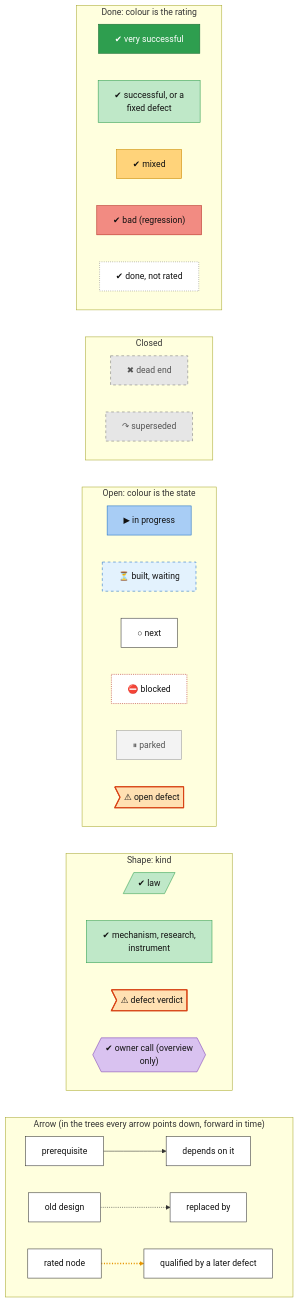
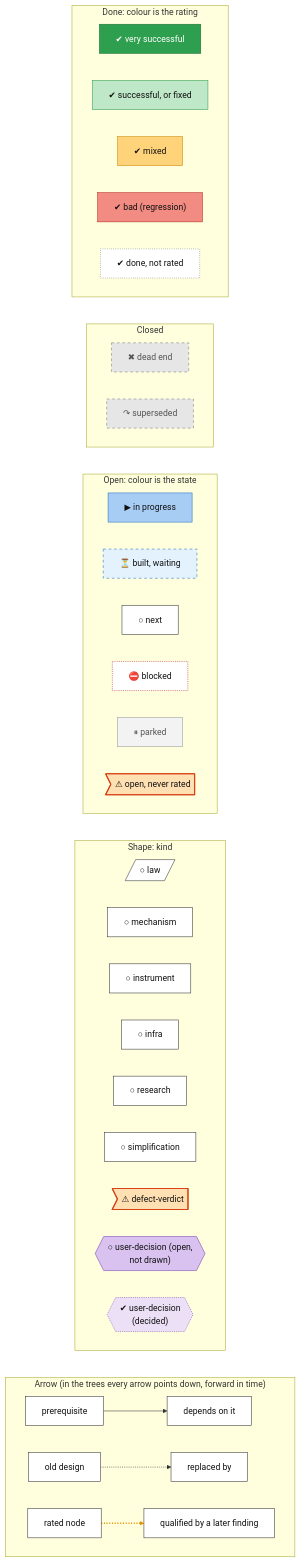
One commit to lhns/raptorpath changed the first of 2 diagrams in docs/roadmap.md. Above: the diagram before and after it, drawn with Mermaid. The commit also changed other lines of this file and 60 other files, not shown here.

First line of the commit message:
roadmap: run on the tech-tree skill (vendored at design-skills ea48dcf9)

````diff
--- a/docs/roadmap.md
+++ b/docs/roadmap.md
@@ -20,73 +20,80 @@
 ```mermaid
 flowchart TB
     %% legend
     subgraph lg_g0["Done: colour is the rating"]
         direction LR
         lg_s0["✔ very successful"]
-        lg_s1["✔ successful, or a<br/>fixed defect"]
+        lg_s1["✔ successful, or fixed"]
         lg_s2["✔ mixed"]
         lg_s3["✔ bad (regression)"]
         lg_s4["✔ done, not rated"]
     end
     subgraph lg_g1["Closed"]
         direction LR
         lg_s5["✖ dead end"]
         lg_s6["↷ superseded"]
     end
     subgraph lg_g2["Open: colour is the state"]
         direction LR
         lg_s7["▶ in progress"]
         lg_s8["⏳ built, waiting"]
         lg_s9["○ next"]
         lg_s10["⛔ blocked"]
         lg_s11["⏸ parked"]
-        lg_s12>"⚠ open defect"]
+        lg_s12>"⚠ open, never rated"]
     end
     subgraph lg_shape["Shape: kind"]
         direction LR
-        lg_k0[/"✔ law"/]
-        lg_k1["✔ mechanism, research,<br/>instrument"]
-        lg_k2>"⚠ defect verdict"]
-        lg_k3{{"✔ owner call (overview<br/>only)"}}
+        lg_k0[/"○ law"/]
+        lg_k1["○ mechanism"]
+        lg_k2["○ instrument"]
+        lg_k3["○ infra"]
+        lg_k4["○ research"]
+        lg_k5["○ simplification"]
+        lg_k6>"⚠ defect-verdict"]
+        lg_k7{{"○ user-decision (open,<br/>not drawn)"}}
+        lg_k8{{"✔ user-decision<br/>(decided)"}}
     end
     subgraph lg_edge["Arrow (in the trees every arrow points down, forward in time)"]
         direction LR
         lg_e0a["prerequisite"]
         lg_e0b["depends on it"]
         lg_e1a["old design"]
         lg_e1b["replaced by"]
         lg_e2a["rated node"]
-        lg_e2b["qualified by a later defect"]
+        lg_e2b["qualified by a later finding"]
     end
     lg_g0 ~~~ lg_g1 ~~~ lg_g2 ~~~ lg_shape ~~~ lg_edge
     lg_e0a --> lg_e0b
     lg_e1a -.-> lg_e1b
     lg_e2a -.-> lg_e2b
     linkStyle 6 stroke:#e69500,stroke-width:3px,stroke-dasharray:2 3
     classDef vsucc fill:#2e9e4f,stroke:#1b6b34,color:#fff
     classDef succ fill:#bfe8c8,stroke:#2e9e4f,color:#111
     classDef mixed fill:#ffd37a,stroke:#c98a00,color:#111
     classDef bad fill:#f28b82,stroke:#b3261e,color:#111
     classDef dead fill:#e6e6e6,stroke:#777,stroke-dasharray:5 5,color:#555
     classDef inprog fill:#a8cdf5,stroke:#1f6fc5,color:#111
     classDef next fill:#fff,stroke:#333,color:#111
     classDef blocked fill:#fff,stroke:#b3261e,stroke-dasharray:2 2,color:#111
     classDef parked fill:#f3f3f3,stroke:#999,color:#555
     classDef unrated fill:#fff,stroke:#333,stroke-dasharray:1 3,color:#111
-    classDef userdec fill:#d9c2f0,stroke:#7b3fb5,color:#111
-    classDef defect fill:#ffe0b2,stroke:#d84315,stroke-width:2px,color:#111
+    classDef gate fill:#d9c2f0,stroke:#7b3fb5,color:#111
+    classDef decided fill:#ece0f7,stroke:#7b3fb5,stroke-dasharray:2 2,color:#111
+    classDef finding fill:#ffe0b2,stroke:#d84315,stroke-width:2px,color:#111
     classDef waiting fill:#e3f2fd,stroke:#1f6fc5,stroke-dasharray:5 5,color:#111
     class lg_s0 vsucc
-    class lg_s1,lg_k0,lg_k1 succ
+    class lg_s1 succ
     class lg_s2 mixed
     class lg_s3 bad
     class lg_s4 unrated
     class lg_s5,lg_s6 dead
     class lg_s7 inprog
     class lg_s8 waiting
-    class lg_s9,lg_e0a,lg_e0b,lg_e1a,lg_e1b,lg_e2a,lg_e2b next
+    class lg_s9,lg_k0,lg_k1,lg_k2,lg_k3,lg_k4,lg_k5,lg_e0a,lg_e0b,lg_e1a,lg_e1b,lg_e2a,lg_e2b next
     class lg_s10 blocked
     class lg_s11 parked
-    class lg_s12,lg_k2 defect
-    class lg_k3 userdec
+    class lg_s12,lg_k6 finding
+    class lg_k7 gate
+    class lg_k8 decided
 ```
````
